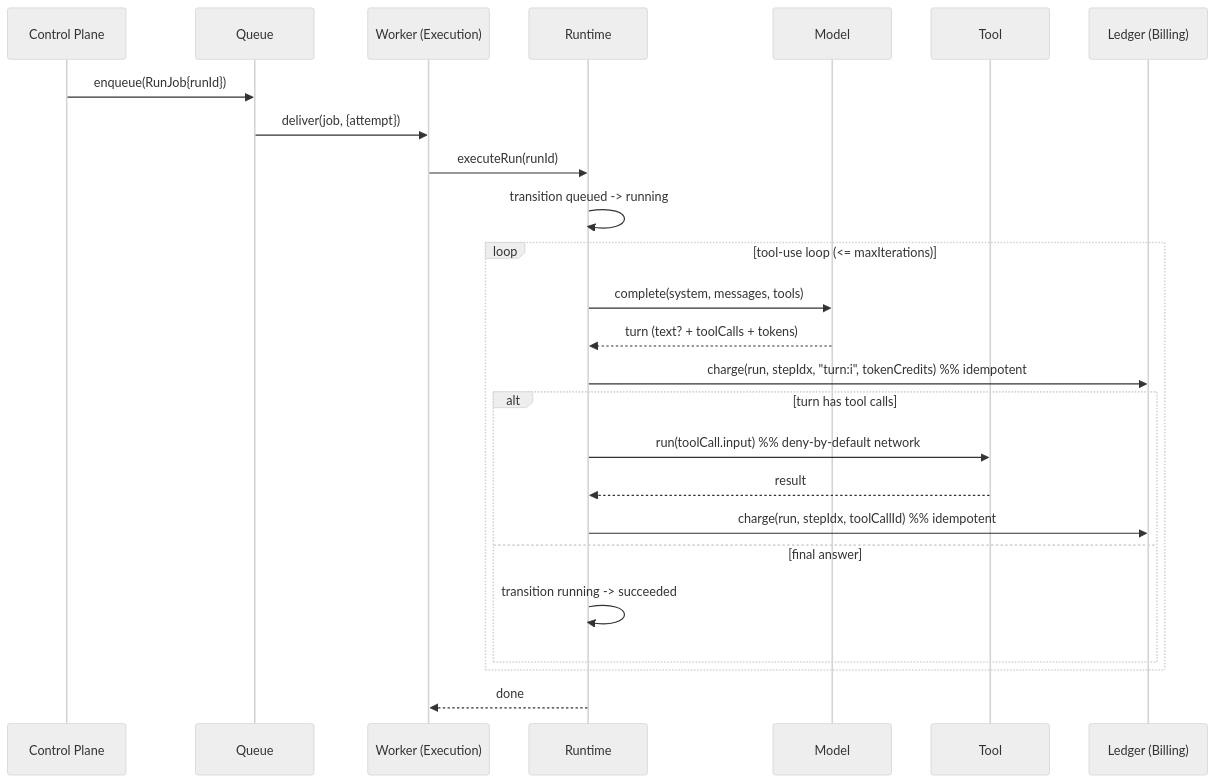
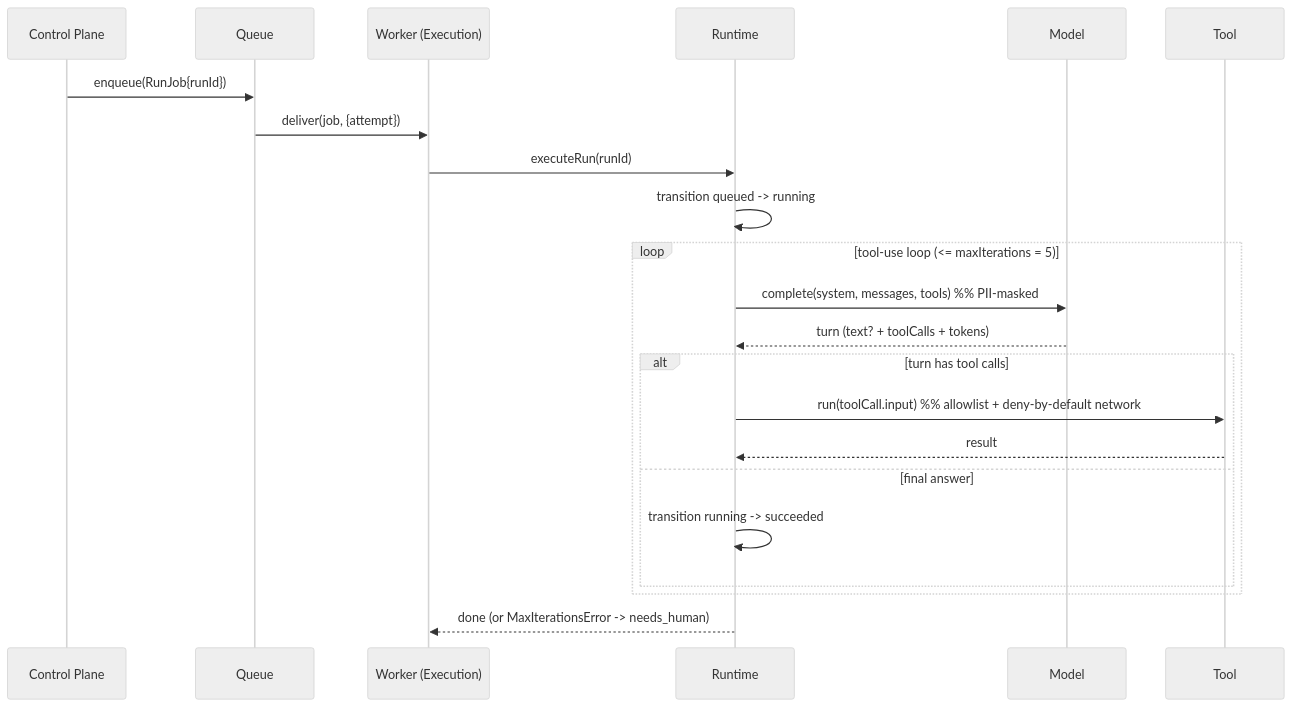
Before and after one commit to hauna7630-wq/Nastroyka-Claude: the third of 6 diagrams in agent-os/docs/ARCHITECTURE.md, drawn with Mermaid (neutral theme). The commit also changed other lines of this file and 10 other files, not shown here.

First line of the commit message:
feat(agent-os): loop-control (Max_Iterations=5 + HITL) and Agent Factory API

````diff
--- a/agent-os/docs/ARCHITECTURE.md
+++ b/agent-os/docs/ARCHITECTURE.md
@@ -63,28 +58,25 @@
 ```mermaid
 sequenceDiagram
   participant API as Control Plane
   participant Q as Queue
   participant W as Worker (Execution)
   participant RT as Runtime
   participant M as Model
   participant T as Tool
-  participant L as Ledger (Billing)
 
   API->>Q: enqueue(RunJob{runId})
   Q->>W: deliver(job, {attempt})
   W->>RT: executeRun(runId)
   RT->>RT: transition queued -> running
-  loop tool-use loop (<= maxIterations)
-    RT->>M: complete(system, messages, tools)
+  loop tool-use loop (<= maxIterations = 5)
+    RT->>M: complete(system, messages, tools)   %% PII-masked
     M-->>RT: turn (text? + toolCalls + tokens)
-    RT->>L: charge(run, stepIdx, "turn:i", tokenCredits)  %% idempotent
     alt turn has tool calls
-      RT->>T: run(toolCall.input)   %% deny-by-default network
+      RT->>T: run(toolCall.input)   %% allowlist + deny-by-default network
       T-->>RT: result
-      RT->>L: charge(run, stepIdx, toolCallId)             %% idempotent
     else final answer
       RT->>RT: transition running -> succeeded
     end
   end
-  RT-->>W: done
+  RT-->>W: done (or MaxIterationsError -> needs_human)
 ```
````
